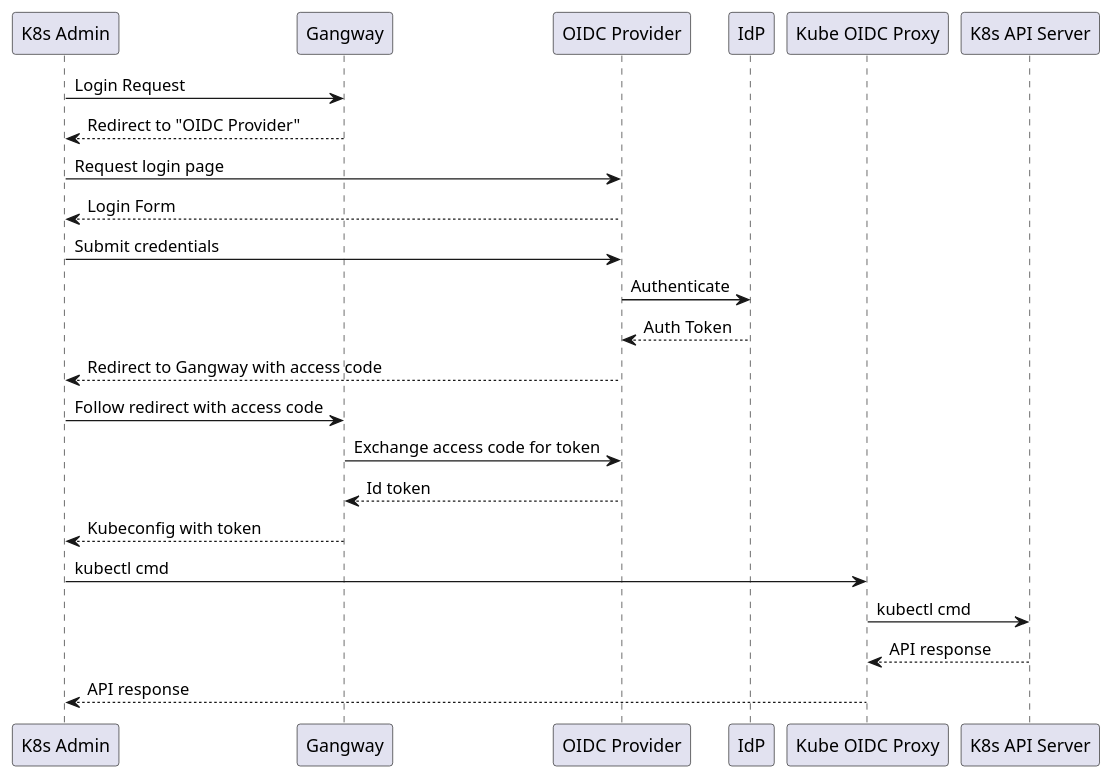
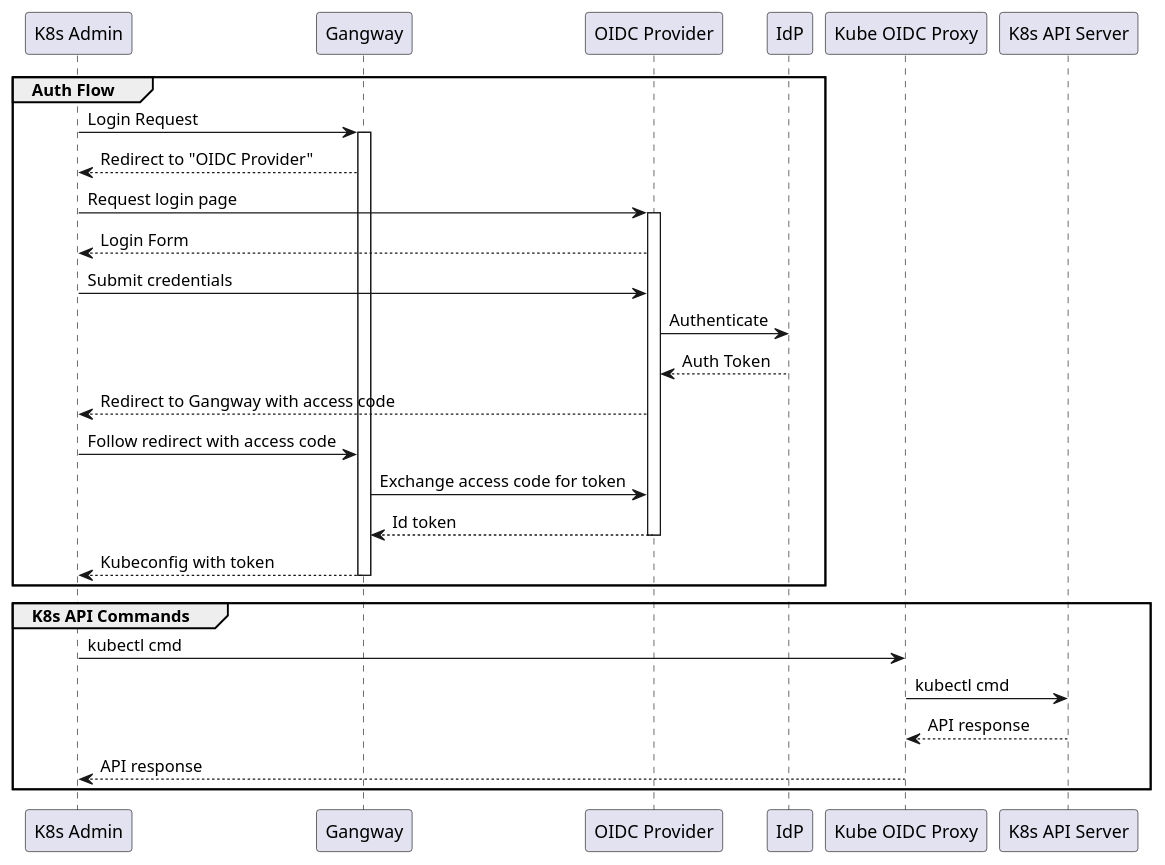
One commit to retaildevcrews/aks-oidc-proxy changed the diagram in docs/diagrams/source/oidc-proxy-auth-flow.puml. Above: the diagram before and after it, drawn with PlantUML.

Commit message:
added activation lines and groups

```diff
--- a/docs/diagrams/source/oidc-proxy-auth-flow.puml
+++ b/docs/diagrams/source/oidc-proxy-auth-flow.puml
@@ -1,20 +1,26 @@
 @startuml AKS-OIDC-Login-and-K8s-Request
-
-"K8s Admin"->Gangway: Login Request
-Gangway -->"K8s Admin": Redirect to "OIDC Provider"
-"K8s Admin" -> "OIDC Provider":Request login page
-"OIDC Provider" --> "K8s Admin": Login Form
-"K8s Admin"-> "OIDC Provider": Submit credentials
-"OIDC Provider" -> IdP: Authenticate
-IdP --> "OIDC Provider": Auth Token
-"OIDC Provider" --> "K8s Admin": Redirect to Gangway with access code
-"K8s Admin" -> Gangway: Follow redirect with access code
-Gangway -> "OIDC Provider": Exchange access code for token
-"OIDC Provider" --> Gangway: Id token
-Gangway --> "K8s Admin": Kubeconfig with token
-"K8s Admin"->"Kube OIDC Proxy": kubectl cmd
-"Kube OIDC Proxy" -> "K8s API Server": kubectl cmd
-"K8s API Server" --> "Kube OIDC Proxy": API response
-"Kube OIDC Proxy" --> "K8s Admin": API response
-
+group Auth Flow
+    "K8s Admin"->Gangway: Login Request
+    activate Gangway 
+    Gangway -->"K8s Admin": Redirect to "OIDC Provider"
+    "K8s Admin" -> "OIDC Provider":Request login page
+    activate "OIDC Provider" 
+    "OIDC Provider" --> "K8s Admin": Login Form
+    "K8s Admin"-> "OIDC Provider": Submit credentials
+    "OIDC Provider" -> IdP: Authenticate
+    IdP --> "OIDC Provider": Auth Token
+    "OIDC Provider" --> "K8s Admin": Redirect to Gangway with access code
+    "K8s Admin" -> Gangway: Follow redirect with access code
+    Gangway -> "OIDC Provider": Exchange access code for token
+    "OIDC Provider" --> Gangway: Id token
+    deactivate "OIDC Provider"
+    Gangway --> "K8s Admin": Kubeconfig with token
+    deactivate Gangway
+end
+group K8s API Commands
+    "K8s Admin"->"Kube OIDC Proxy": kubectl cmd
+    "Kube OIDC Proxy" -> "K8s API Server": kubectl cmd
+    "K8s API Server" --> "Kube OIDC Proxy": API response
+    "Kube OIDC Proxy" --> "K8s Admin": API response
+end
 @enduml 
```
